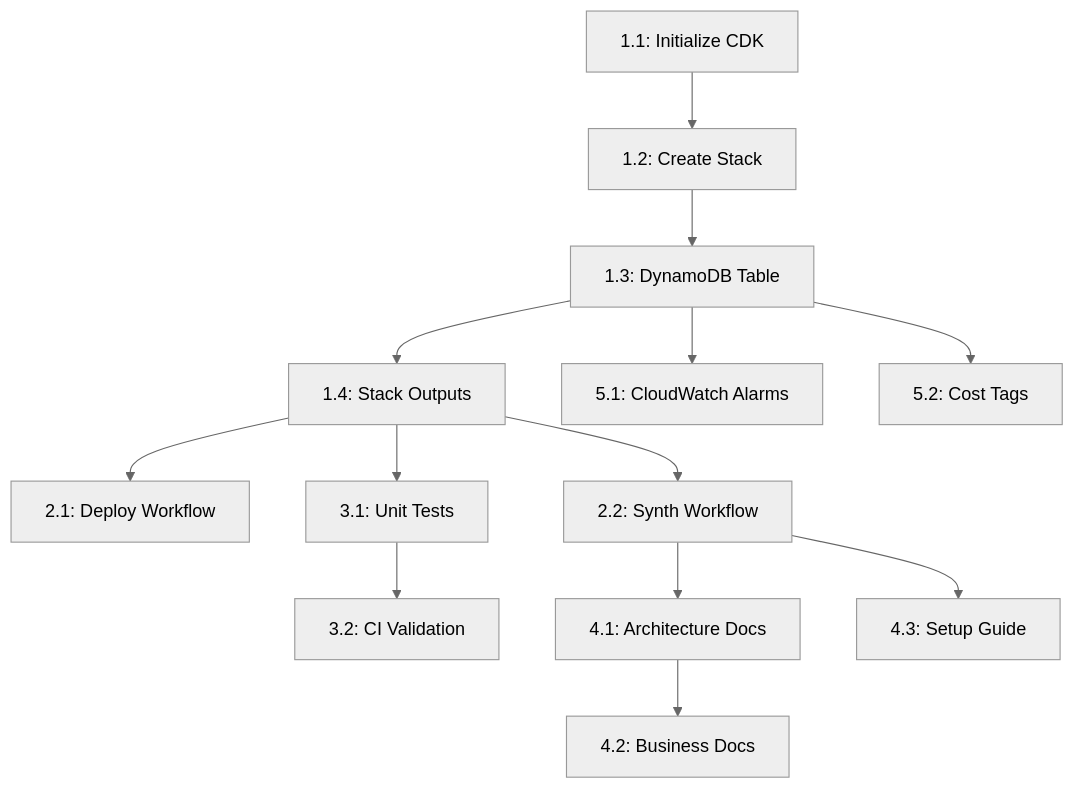
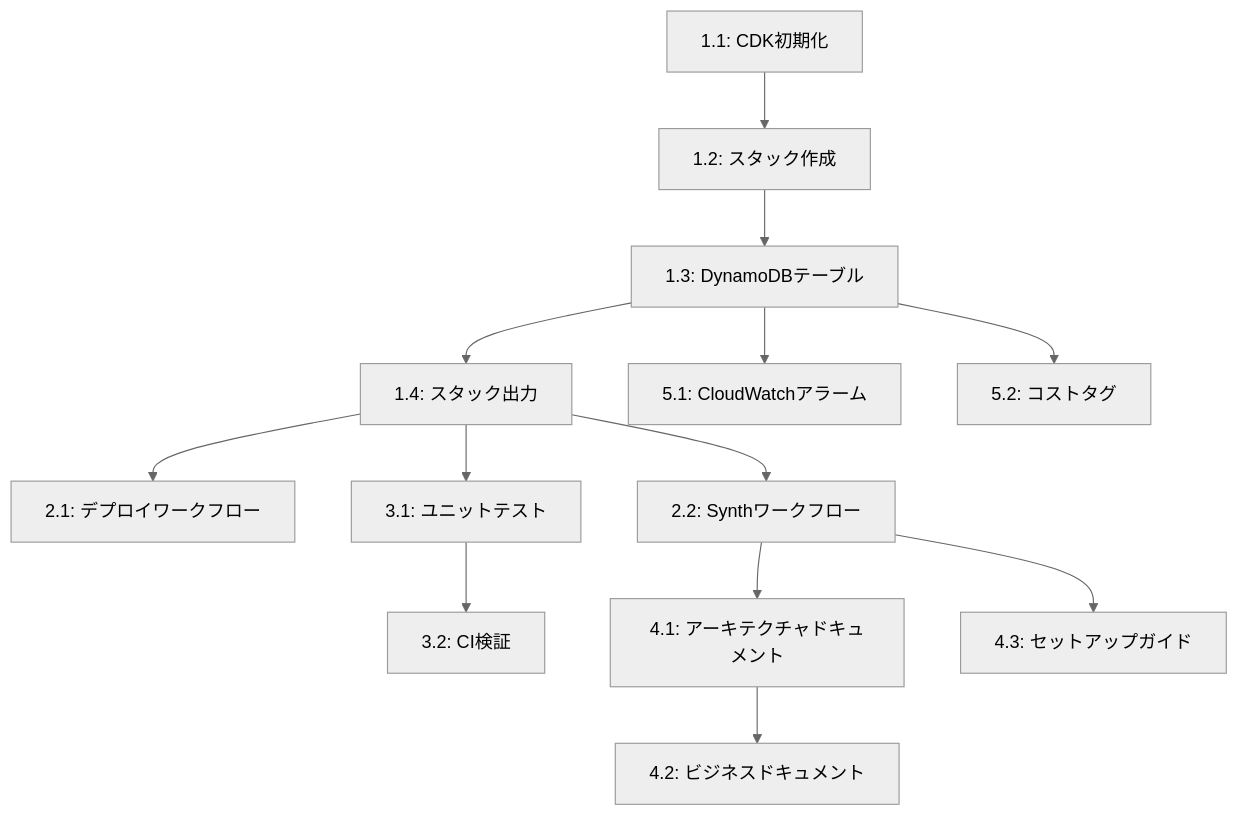
The diagram in specs/1-aws-clock-table-cicd/tasks.md (goataka/attendance-kit), drawn with Mermaid (neutral theme) before and after one commit. The commit also changed other lines of this file, not shown here.

````diff
--- a/specs/1-aws-clock-table-cicd/tasks.md
+++ b/specs/1-aws-clock-table-cicd/tasks.md
@@ -306,15 +306,15 @@
 ```mermaid
 graph TD
-    T1.1[1.1: Initialize CDK] --> T1.2[1.2: Create Stack]
-    T1.2 --> T1.3[1.3: DynamoDB Table]
-    T1.3 --> T1.4[1.4: Stack Outputs]
-    T1.4 --> T2.1[2.1: Deploy Workflow]
-    T1.4 --> T2.2[2.2: Synth Workflow]
-    T1.4 --> T3.1[3.1: Unit Tests]
-    T3.1 --> T3.2[3.2: CI Validation]
-    T2.2 --> T4.1[4.1: Architecture Docs]
-    T4.1 --> T4.2[4.2: Business Docs]
-    T2.2 --> T4.3[4.3: Setup Guide]
-    T1.3 --> T5.1[5.1: CloudWatch Alarms]
-    T1.3 --> T5.2[5.2: Cost Tags]
+    T1.1[1.1: CDK初期化] --> T1.2[1.2: スタック作成]
+    T1.2 --> T1.3[1.3: DynamoDBテーブル]
+    T1.3 --> T1.4[1.4: スタック出力]
+    T1.4 --> T2.1[2.1: デプロイワークフロー]
+    T1.4 --> T2.2[2.2: Synthワークフロー]
+    T1.4 --> T3.1[3.1: ユニットテスト]
+    T3.1 --> T3.2[3.2: CI検証]
+    T2.2 --> T4.1[4.1: アーキテクチャドキュメント]
+    T4.1 --> T4.2[4.2: ビジネスドキュメント]
+    T2.2 --> T4.3[4.3: セットアップガイド]
+    T1.3 --> T5.1[5.1: CloudWatchアラーム]
+    T1.3 --> T5.2[5.2: コストタグ]
 ```
````
